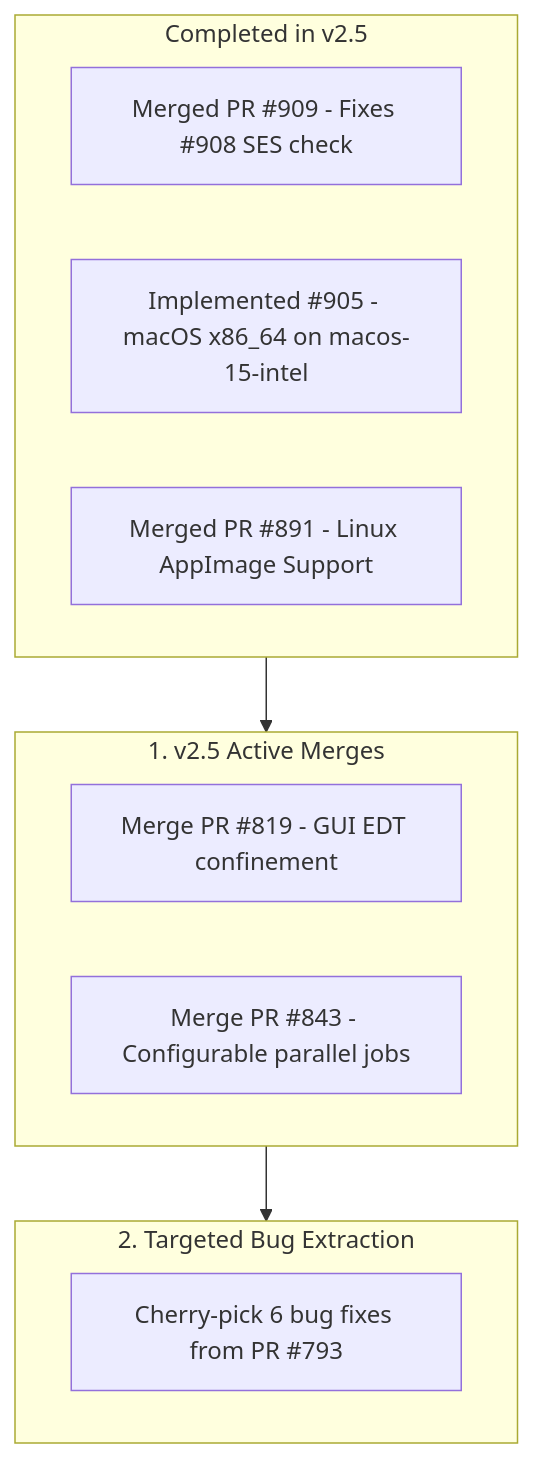
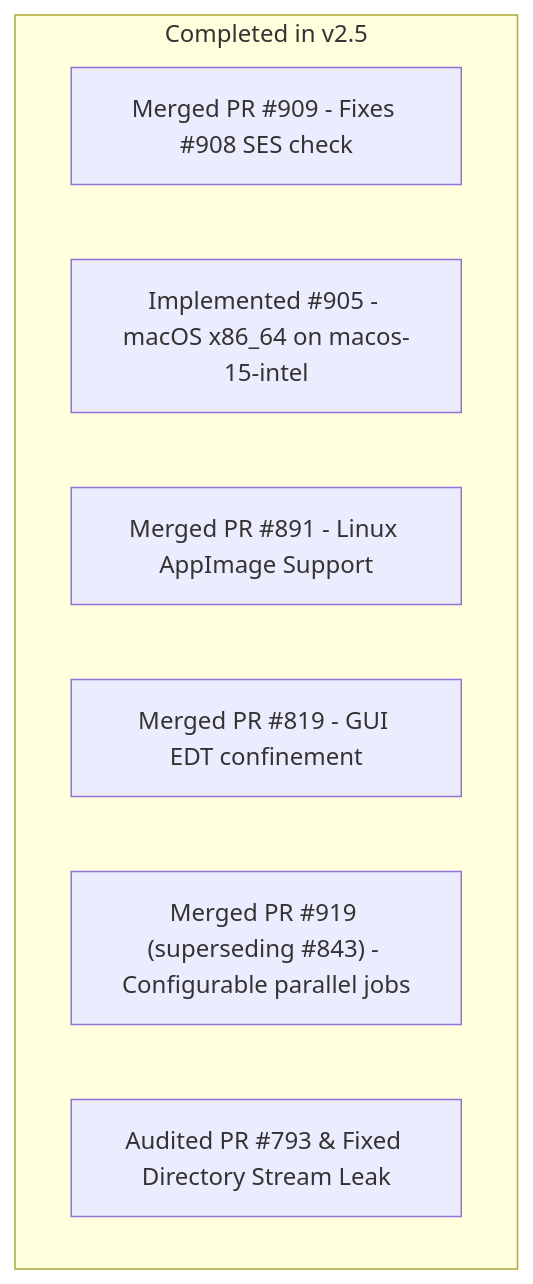
The diagram in docs/research/backlog_triage_and_investigation_notes.md (freerouting/freerouting), drawn with Mermaid before and after one commit. The commit also changed other lines of this file and 2 other files, not shown here.

Commit message:
fix(management): close job-data directory streams in RoutingJobScheduler to prevent FD leaks (#793)

````diff
--- a/docs/research/backlog_triage_and_investigation_notes.md
+++ b/docs/research/backlog_triage_and_investigation_notes.md
@@ -181,20 +179,11 @@
 ```mermaid
 flowchart TD
     subgraph Done ["Completed in v2.5"]
         A["Merged PR #909 - Fixes #908 SES check"]
         D["Implemented #905 - macOS x86_64 on macos-15-intel"]
         E["Merged PR #891 - Linux AppImage Support"]
+        B["Merged PR #819 - GUI EDT confinement"]
+        C["Merged PR #919 (superseding #843) - Configurable parallel jobs"]
+        F["Audited PR #793 & Fixed Directory Stream Leak"]
     end
-
-    subgraph Immediate ["1. v2.5 Active Merges"]
-        B["Merge PR #819 - GUI EDT confinement"]
-        C["Merge PR #843 - Configurable parallel jobs"]
-    end
-
-    subgraph EngineFixes ["2. Targeted Bug Extraction"]
-        F["Cherry-pick 6 bug fixes from PR #793"]
-    end
-
-    Done --> Immediate
-    Immediate --> EngineFixes
 ```
````
